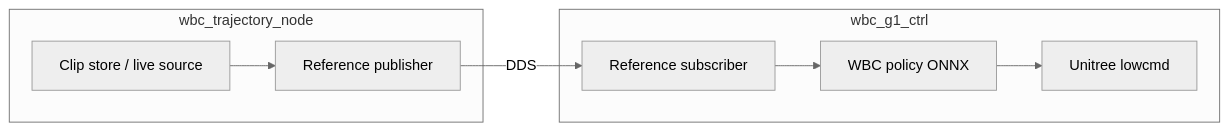
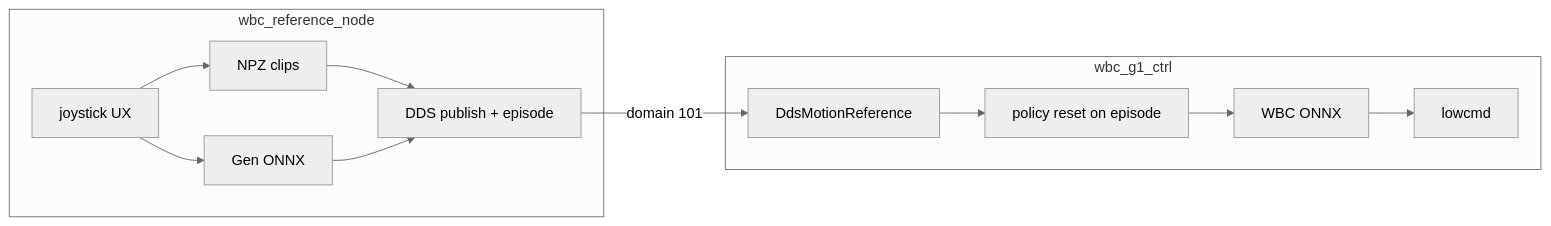
The diagram in docs/architecture.md (wbc-mjlab/wbc-g1-deploy), drawn with Mermaid (neutral theme) before and after one commit. The commit also changed other lines of this file and 40 other files, not shown here.

````diff
--- a/docs/architecture.md
+++ b/docs/architecture.md
@@ -14,16 +5,23 @@
 ```mermaid
 flowchart LR
-  subgraph traj_node [wbc_trajectory_node]
-    Clips[Clip store / live source]
-    Pub[Reference publisher]
+  subgraph ref_node [wbc_reference_node]
+    UX[joystick UX]
+    Clips[NPZ clips]
+    Gen[Gen ONNX]
+    Pub[DDS publish + episode]
+    UX --> Clips
+    UX --> Gen
+    Clips --> Pub
+    Gen --> Pub
   end
   subgraph ctrl_node [wbc_g1_ctrl]
-    Sub[Reference subscriber]
-    Pol[WBC policy ONNX]
-    SDK[Unitree lowcmd]
+    Sub[DdsMotionReference]
+    Reset[policy reset on episode]
+    Pol[WBC ONNX]
+    SDK[lowcmd]
   end
-  Clips --> Pub
-  Pub -->|DDS| Sub
-  Sub --> Pol
+  Pub -->|domain 101| Sub
+  Sub --> Reset
+  Reset --> Pol
   Pol --> SDK
 ```
````
